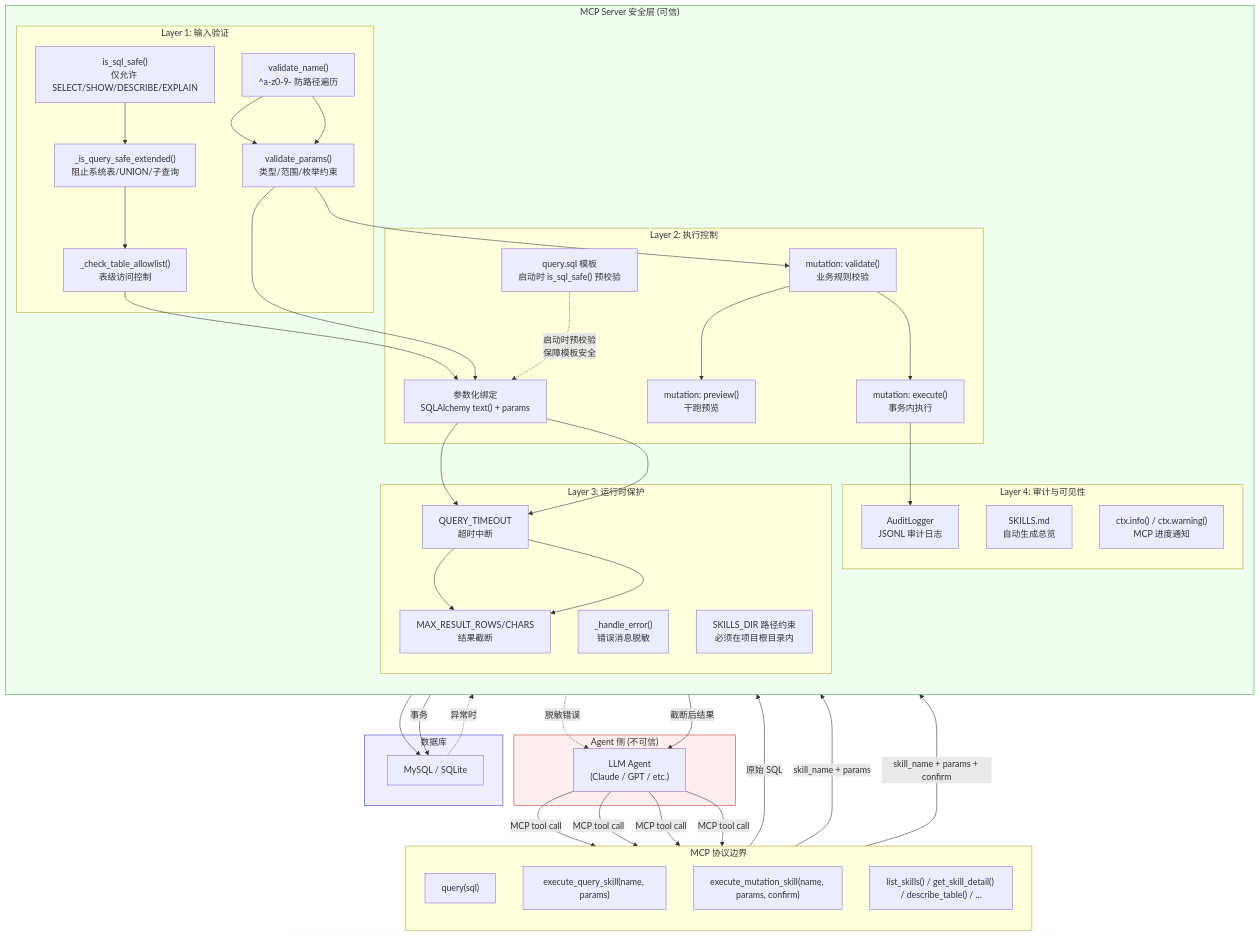
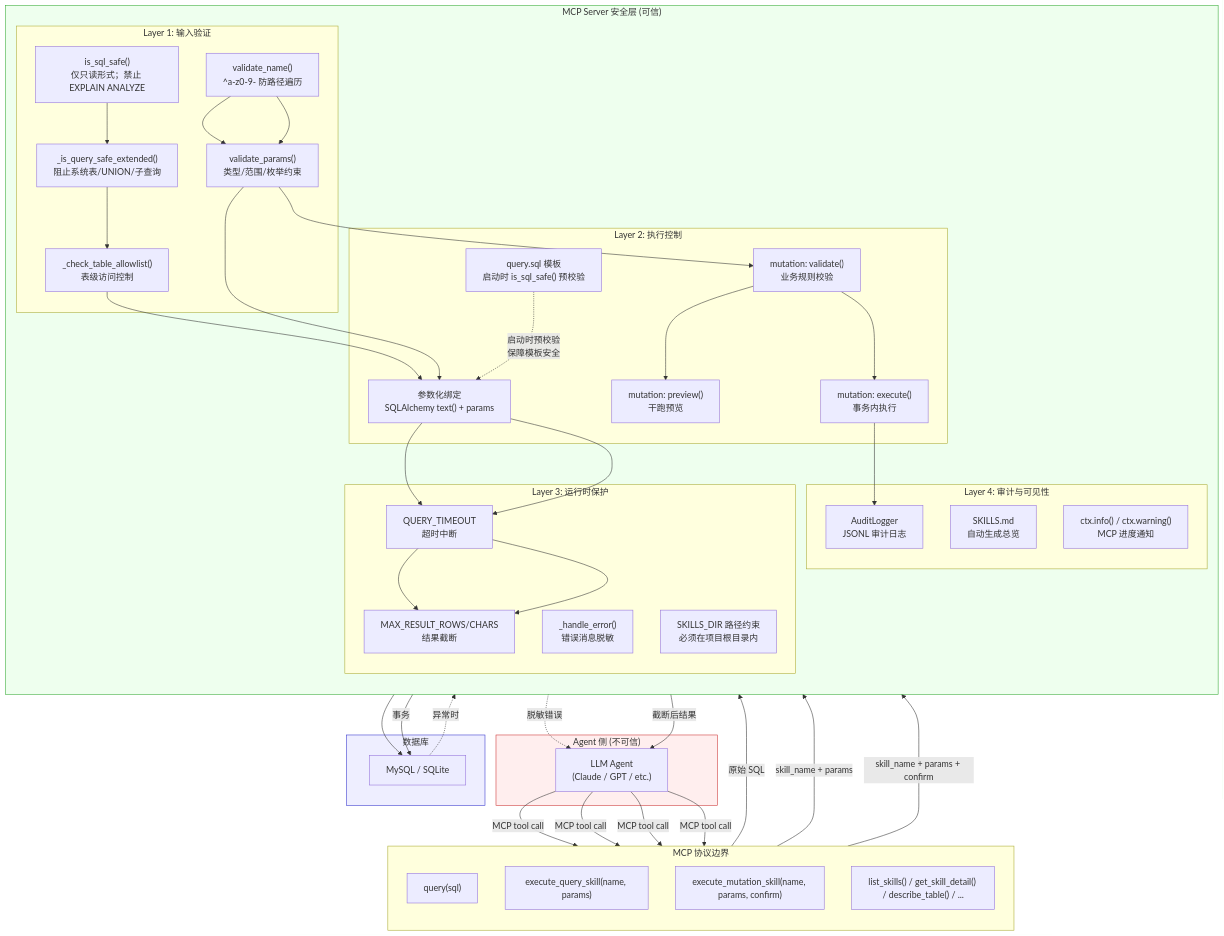
One commit to Firstmeridian/llm-sql-safety-executor-mcp changed the first of 3 diagrams in README_ZH.md. Above: the diagram before and after it, drawn with Mermaid. The commit also changed other lines of this file and 39 other files, not shown here.

````diff
--- a/README_ZH.md
+++ b/README_ZH.md
@@ -278,70 +292,70 @@
 ```mermaid
 flowchart TB
     subgraph Agent["Agent 侧 (不可信)"]
         A1["LLM Agent<br/>(Claude / GPT / etc.)"]
     end
 
     subgraph MCP["MCP 协议边界"]
         direction TB
         T1["query(sql)"]
         T2["execute_query_skill(name, params)"]
         T3["execute_mutation_skill(name, params, confirm)"]
         T4["list_skills() / get_skill_detail() / describe_table() / ..."]
     end
 
     subgraph Server["MCP Server 安全层 (可信)"]
         direction TB
 
         subgraph S1["Layer 1: 输入验证"]
-            V1["is_sql_safe()<br/>仅允许 SELECT/SHOW/DESCRIBE/EXPLAIN"]
+            V1["is_sql_safe()<br/>仅只读形式；禁止 EXPLAIN ANALYZE"]
             V2["_is_query_safe_extended()<br/>阻止系统表/UNION/子查询"]
             V3["_check_table_allowlist()<br/>表级访问控制"]
             V4["validate_name()<br/>^a-z0-9- 防路径遍历"]
             V5["validate_params()<br/>类型/范围/枚举约束"]
         end
 
         subgraph S2["Layer 2: 执行控制"]
             E1["query.sql 模板<br/>启动时 is_sql_safe() 预校验"]
             E2["参数化绑定<br/>SQLAlchemy text() + params"]
             E3["mutation: validate()<br/>业务规则校验"]
             E4["mutation: preview()<br/>干跑预览"]
             E5["mutation: execute()<br/>事务内执行"]
         end
 
         subgraph S3["Layer 3: 运行时保护"]
             R1["QUERY_TIMEOUT<br/>超时中断"]
             R2["MAX_RESULT_ROWS/CHARS<br/>结果截断"]
             R3["_handle_error()<br/>错误消息脱敏"]
             R4["SKILLS_DIR 路径约束<br/>必须在项目根目录内"]
         end
 
         subgraph S4["Layer 4: 审计与可见性"]
             AU1["AuditLogger<br/>JSONL 审计日志"]
             AU2["SKILLS.md<br/>自动生成总览"]
             AU3["ctx.info() / ctx.warning()<br/>MCP 进度通知"]
         end
     end
 
     subgraph DB["数据库"]
         DB1["MySQL / SQLite"]
     end
 
     A1 -->|"MCP tool call"| T1 & T2 & T3 & T4
 
     T1 -->|"原始 SQL"| V1 --> V2 --> V3 --> E2 --> R1 --> R2
     T2 -->|"skill_name + params"| V4 --> V5 --> E2 --> R1 --> R2
     E1 -.->|"启动时预校验<br/>保障模板安全"| E2
     T3 -->|"skill_name + params + confirm"| V4 --> V5 --> E3 --> E4 & E5
 
     E2 --> DB1
     E5 -->|"事务"| DB1
     E5 --> AU1
 
     DB1 -.->|"异常时"| R3 -.->|"脱敏错误"| A1
     R2 -->|"截断后结果"| A1
 
     style Agent fill:#fee,stroke:#c33
     style Server fill:#efe,stroke:#3a3
     style DB fill:#eef,stroke:#33c
     style MCP fill:#ffd,stroke:#aa3
 ```
````
